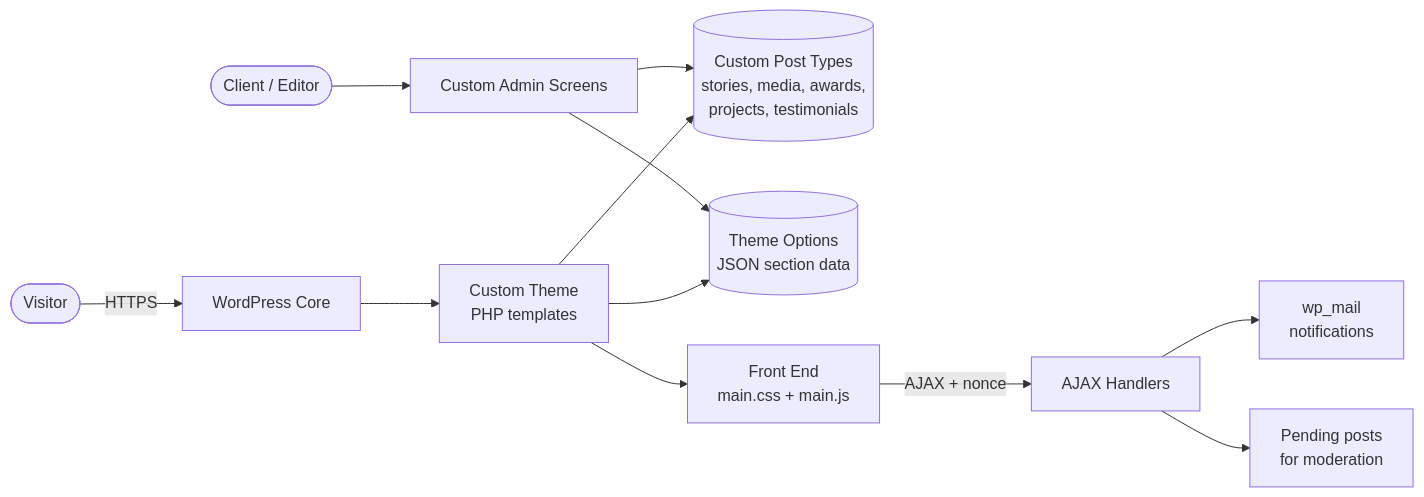
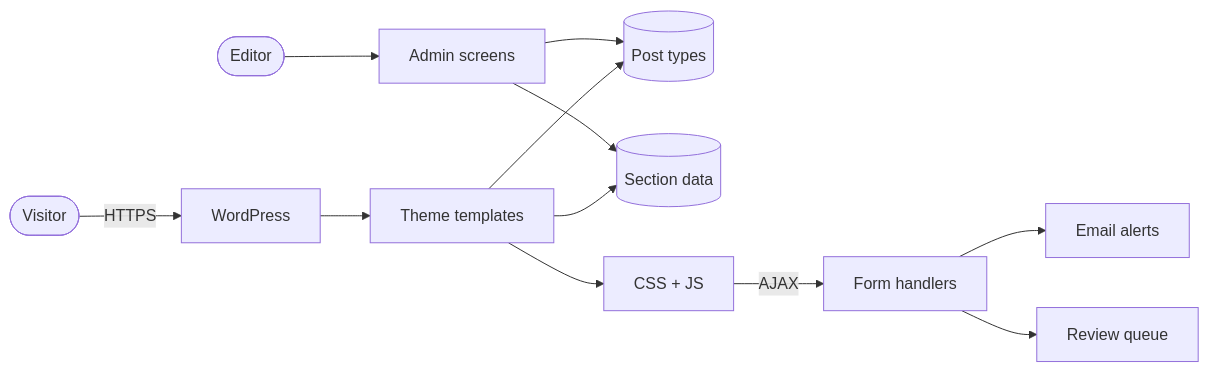
The first of 3 diagrams in README.md (abdullah-al-faahim/khanfarhana.info-case-study), drawn with Mermaid before and after one commit. The commit also changed other lines of this file, not shown here.

Commit message:
Fix section anchors and shorten diagram labels

````diff
--- a/README.md
+++ b/README.md
@@ -116,14 +116,14 @@
 ```mermaid
 flowchart LR
-    V([Visitor]) -->|HTTPS| WP[WordPress Core]
-    WP --> T[Custom Theme<br/>PHP templates]
-    T --> CPT[(Custom Post Types<br/>stories, media, awards,<br/>projects, testimonials)]
-    T --> OPT[(Theme Options<br/>JSON section data)]
-    T --> FE[Front End<br/>main.css + main.js]
-    FE -->|AJAX + nonce| AX[AJAX Handlers]
-    AX --> MAIL[wp_mail<br/>notifications]
-    AX --> MOD[Pending posts<br/>for moderation]
-    ED([Client / Editor]) --> ADM[Custom Admin Screens]
+    V([Visitor]) -->|HTTPS| WP[WordPress]
+    WP --> T[Theme templates]
+    T --> CPT[(Post types)]
+    T --> OPT[(Section data)]
+    T --> FE[CSS + JS]
+    FE -->|AJAX| AX[Form handlers]
+    AX --> MAIL[Email alerts]
+    AX --> MOD[Review queue]
+    ED([Editor]) --> ADM[Admin screens]
     ADM --> CPT
     ADM --> OPT
 ```
````
